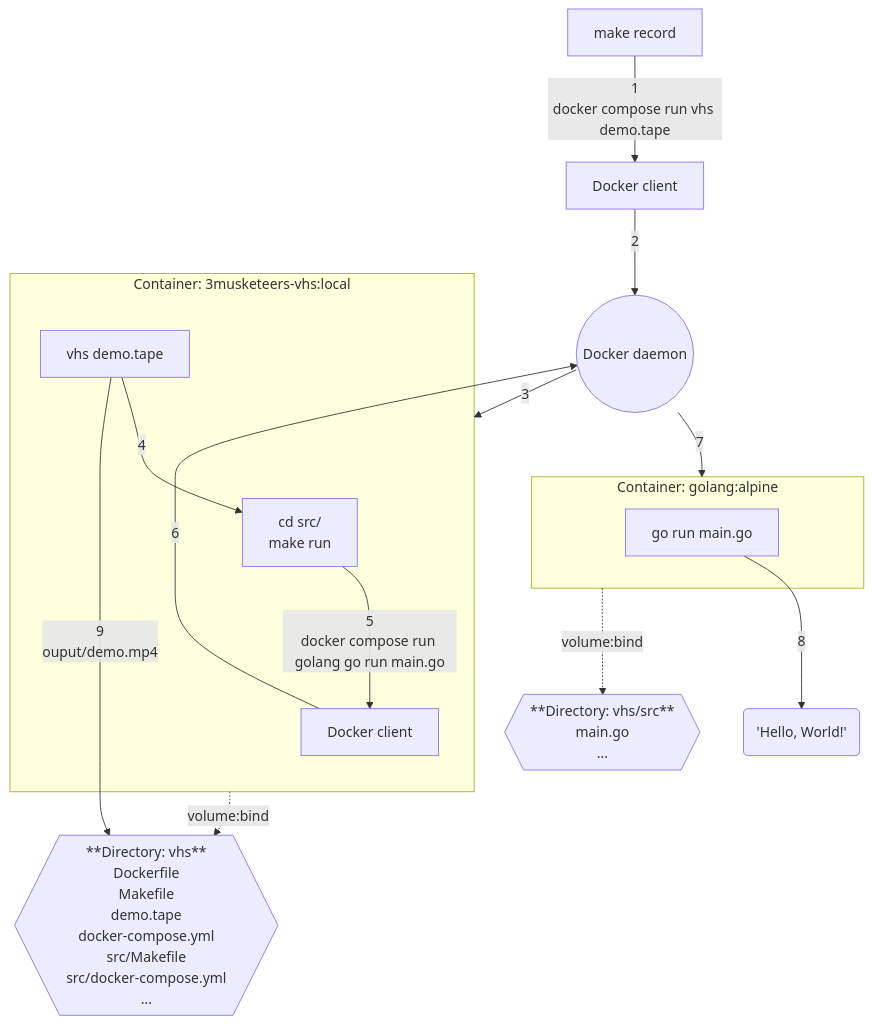
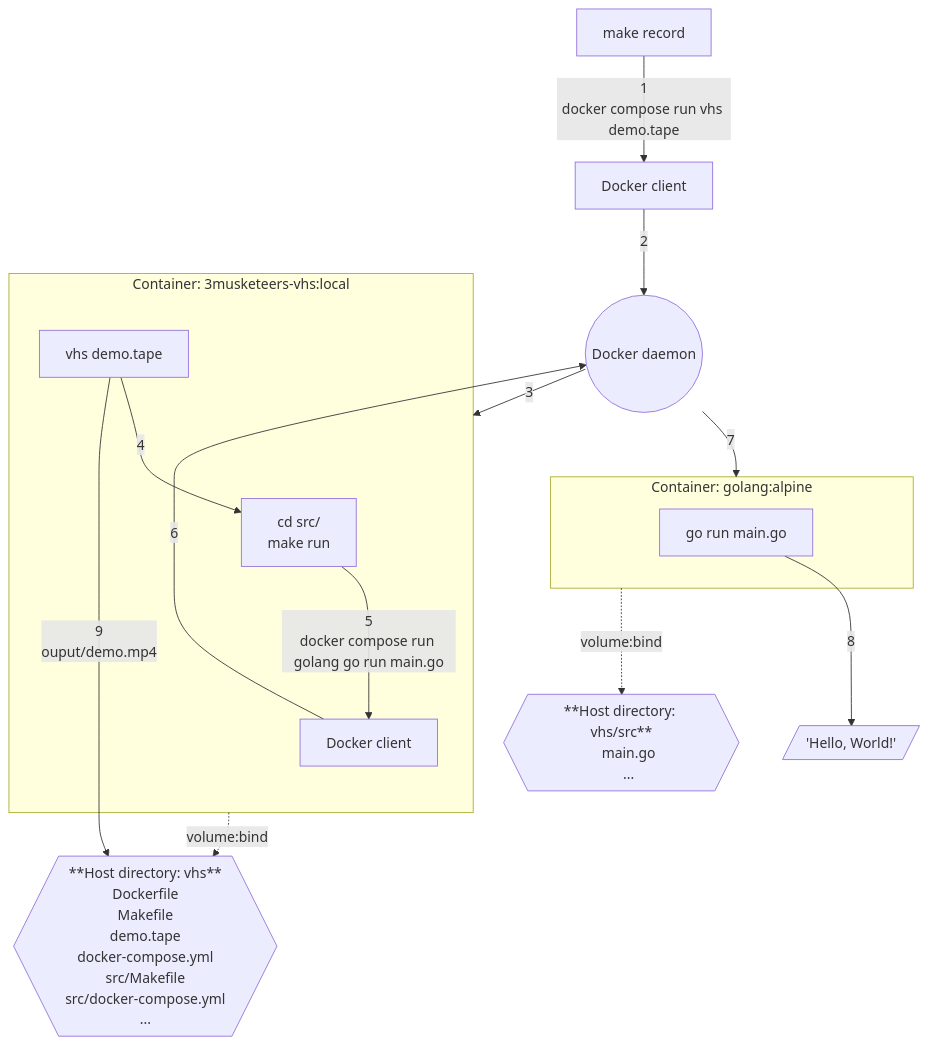
Before and after one commit to flemay/3musketeers: the diagram in vhs/README.md, drawn with Mermaid. The commit also changed other lines of this file, not shown here.

````diff
--- a/vhs/README.md
+++ b/vhs/README.md
@@ -24,31 +24,32 @@
 ```mermaid
+
 graph TB
     make-record[make record]-->|1\ndocker compose run vhs demo.tape|host-docker-client[Docker client]
     host-docker-client-->|2|docker-daemon((Docker daemon))
     subgraph vhs-local-container [Container: 3musketeers-vhs:local]
     vhs[vhs demo.tape]-->|4|make-run["cd src/
     make run"]
     make-run-->|5\ndocker compose run golang go run main.go|docker-client[Docker client]
     end
     docker-daemon-->|3|vhs-local-container
     docker-client-->|6|docker-daemon
-    dir-vhs{{"**Directory: vhs**
+    dir-vhs{{"**Host directory: vhs**
     Dockerfile
     Makefile
     demo.tape
     docker-compose.yml
     src/Makefile
     src/docker-compose.yml
     ..."}}
     vhs-local-container-..->|volume:bind|dir-vhs
     docker-daemon-->|7|golang-alpine-container
     subgraph golang-alpine-container [Container: golang:alpine]
         go-run[go run main.go]
     end
-    dir-vhs-src{{"**Directory: vhs/src**
+    dir-vhs-src{{"**Host directory: vhs/src**
     main.go
     ..."}}
     golang-alpine-container-.->|volume:bind|dir-vhs-src
-    go-run-->|8|hello-world('Hello, World!')
+    go-run-->|8|hello-world[/'Hello, World!'/]
     vhs-->|9\nouput/demo.mp4|dir-vhs
 ```
````
